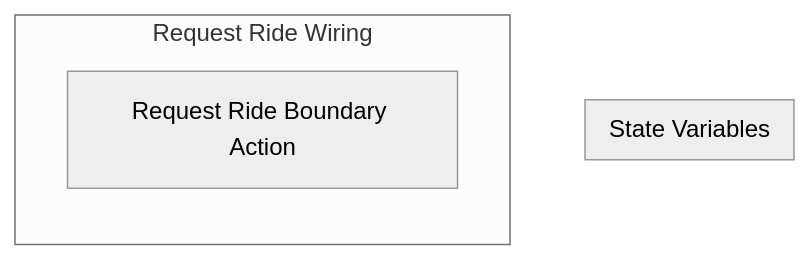
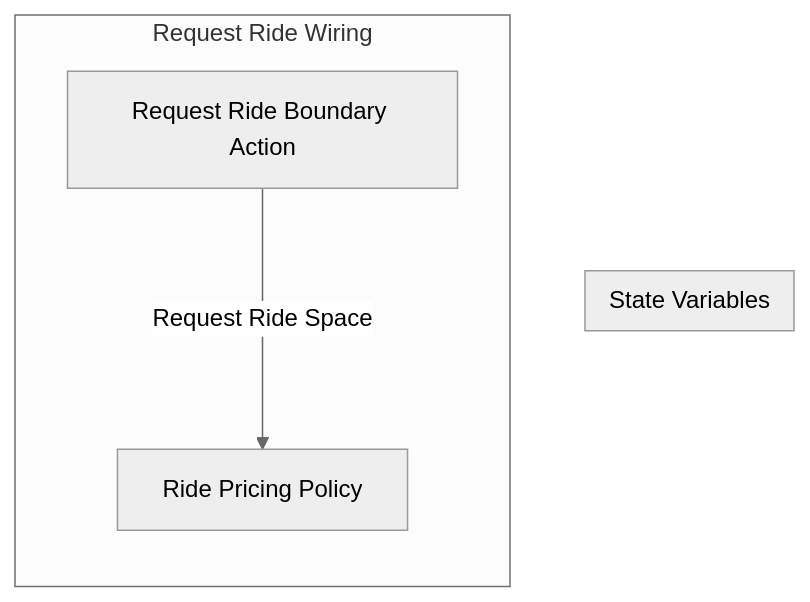
Before and after one commit to BlockScience/rideshare-model: the third of 3 diagrams in reports/markdown/Displays/Wiring/Boundary Action Wirings.md, drawn with Mermaid (neutral theme). The commit also changed other lines of this file and 27 other files, not shown here.

````diff
--- a/reports/markdown/Displays/Wiring/Boundary Action Wirings.md
+++ b/reports/markdown/Displays/Wiring/Boundary Action Wirings.md
@@ -43,11 +43,13 @@
 ```mermaid
 graph TB
 
 subgraph SVS["State Variables"]
 end
 
-subgraph X2["Request Ride Wiring"]
+subgraph X3["Request Ride Wiring"]
 direction TB
 X1["Request Ride Boundary Action"]
+X2["Ride Pricing Policy"]
+X1--"Request Ride Space"--->X2
 end
 ```
````
